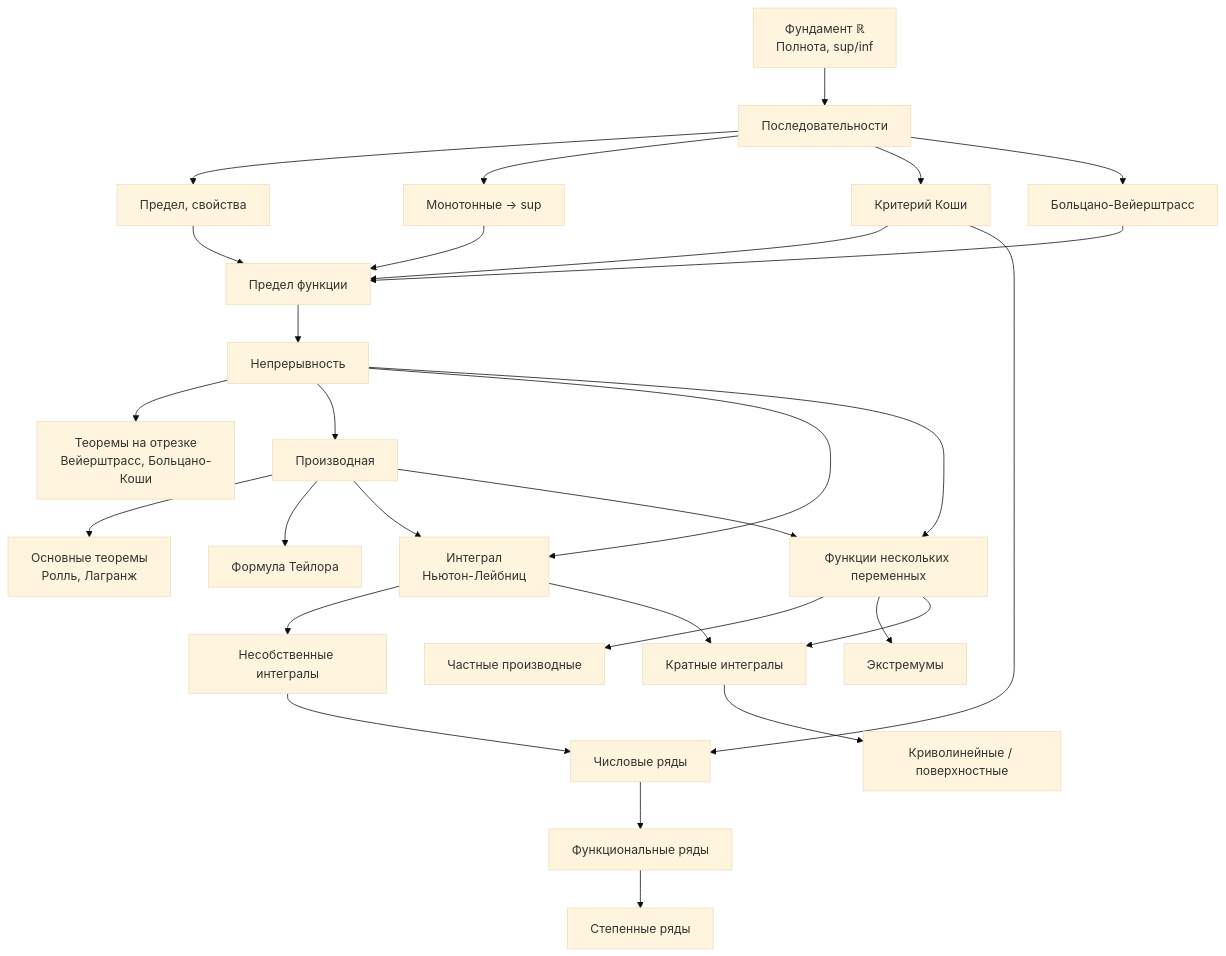
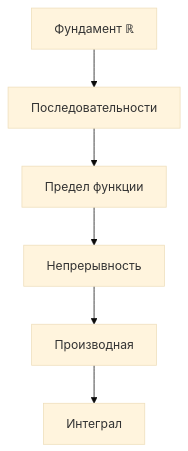
One commit to MrFl0x/MathAnalVault changed the diagram in 00_Roadmap.md. Above: the diagram before and after it, drawn with Mermaid (base theme). The commit also changed other lines of this file and 8 other files, not shown here.

````diff
--- a/00_Roadmap.md
+++ b/00_Roadmap.md
@@ -12,31 +10,8 @@
 ```mermaid
 graph TD
-    A[Фундамент ℝ<br/>Полнота, sup/inf] --> B[Последовательности]
-    
-    B --> B1[Предел, свойства]
-    B --> B2[Монотонные → sup]
-    B --> B3[Критерий Коши]
-    B --> B4[Больцано-Вейерштрасс]
-    
-    B1 & B2 & B3 & B4 --> C[Предел функции]
+    A[Фундамент ℝ] --> B[Последовательности]
+    B --> C[Предел функции]
     C --> D[Непрерывность]
-    D --> D1[Теоремы на отрезке<br/>Вейерштрасс, Больцано-Коши]
-    
     D --> E[Производная]
-    E --> E1[Основные теоремы<br/>Ролль, Лагранж]
-    E --> E2[Формула Тейлора]
-    
-    E & D --> F[Интеграл<br/>Ньютон-Лейбниц]
-    F --> F1[Несобственные интегралы]
-    
-    B3 & F1 --> G[Числовые ряды]
-    G --> G1[Функциональные ряды]
-    G1 --> G2[Степенные ряды]
-    
-    D & E --> H[Функции нескольких переменных]
-    H --> H1[Частные производные]
-    H --> H2[Экстремумы]
-    
-    F & H --> I[Кратные интегралы]
-    I --> J[Криволинейные / поверхностные]
+    E --> F[Интеграл]
 ```
````
